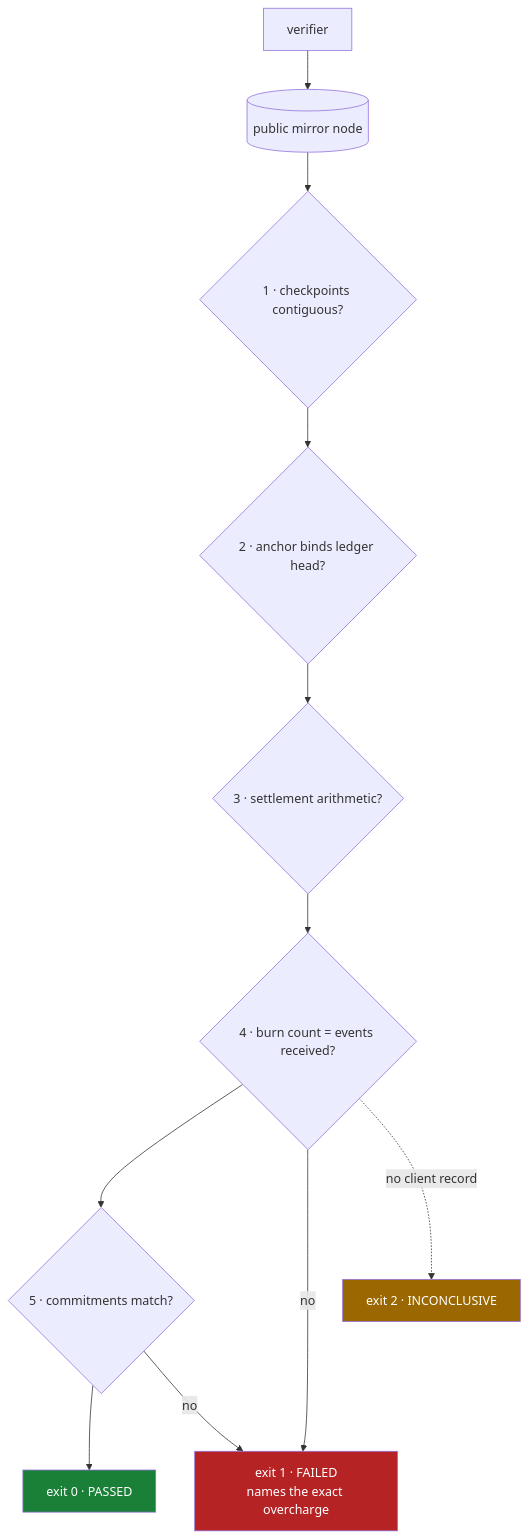
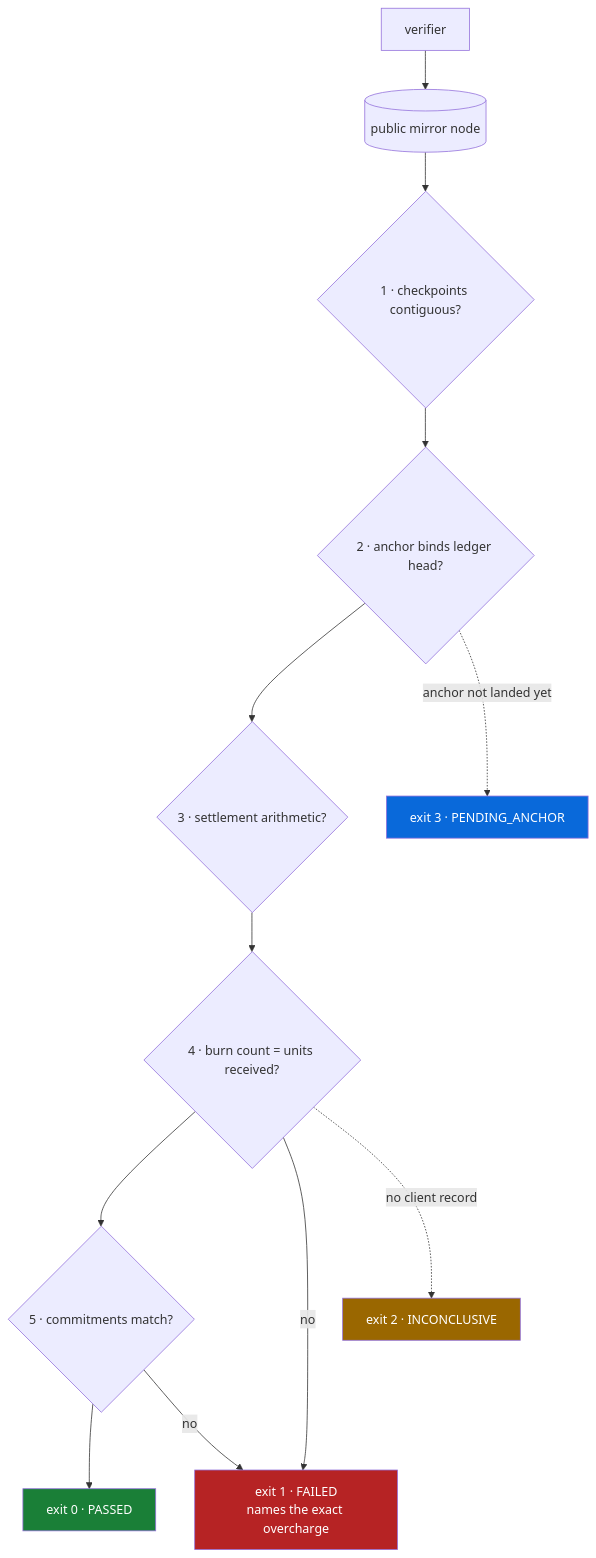
The fifth of 5 diagrams in README.md (hitakshiA/pinout), drawn with Mermaid before and after one commit. The commit also changed other lines of this file and 2 other files, not shown here.

````diff
--- a/README.md
+++ b/README.md
@@ -251,17 +389,19 @@
 ```mermaid
 flowchart TD
     V[verifier] --> M[(public mirror node)]
     M --> C1{1 · checkpoints contiguous?}
     C1 --> C2{2 · anchor binds ledger head?}
     C2 --> C3{3 · settlement arithmetic?}
-    C3 --> C4{4 · burn count = events received?}
+    C3 --> C4{4 · burn count = units received?}
     C4 --> C5{5 · commitments match?}
     C5 --> P["exit 0 · PASSED"]
     C4 -->|no| F["exit 1 · FAILED<br/>names the exact overcharge"]
     C5 -->|no| F
     C4 -.->|no client record| I["exit 2 · INCONCLUSIVE"]
+    C2 -.->|anchor not landed yet| W["exit 3 · PENDING_ANCHOR"]
 
     style P fill:#1a7f37,color:#fff
     style F fill:#b62324,color:#fff
     style I fill:#9a6700,color:#fff
+    style W fill:#0969da,color:#fff
 ```
````
